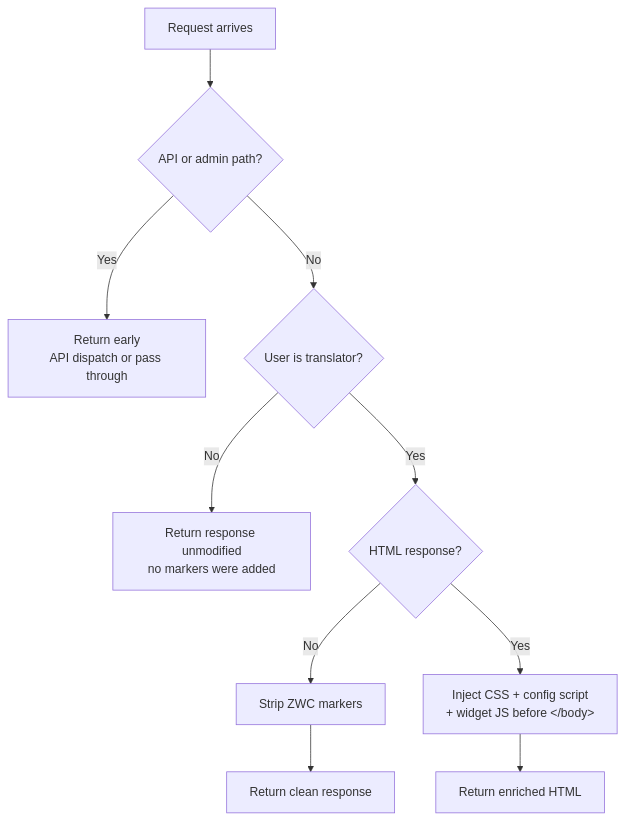
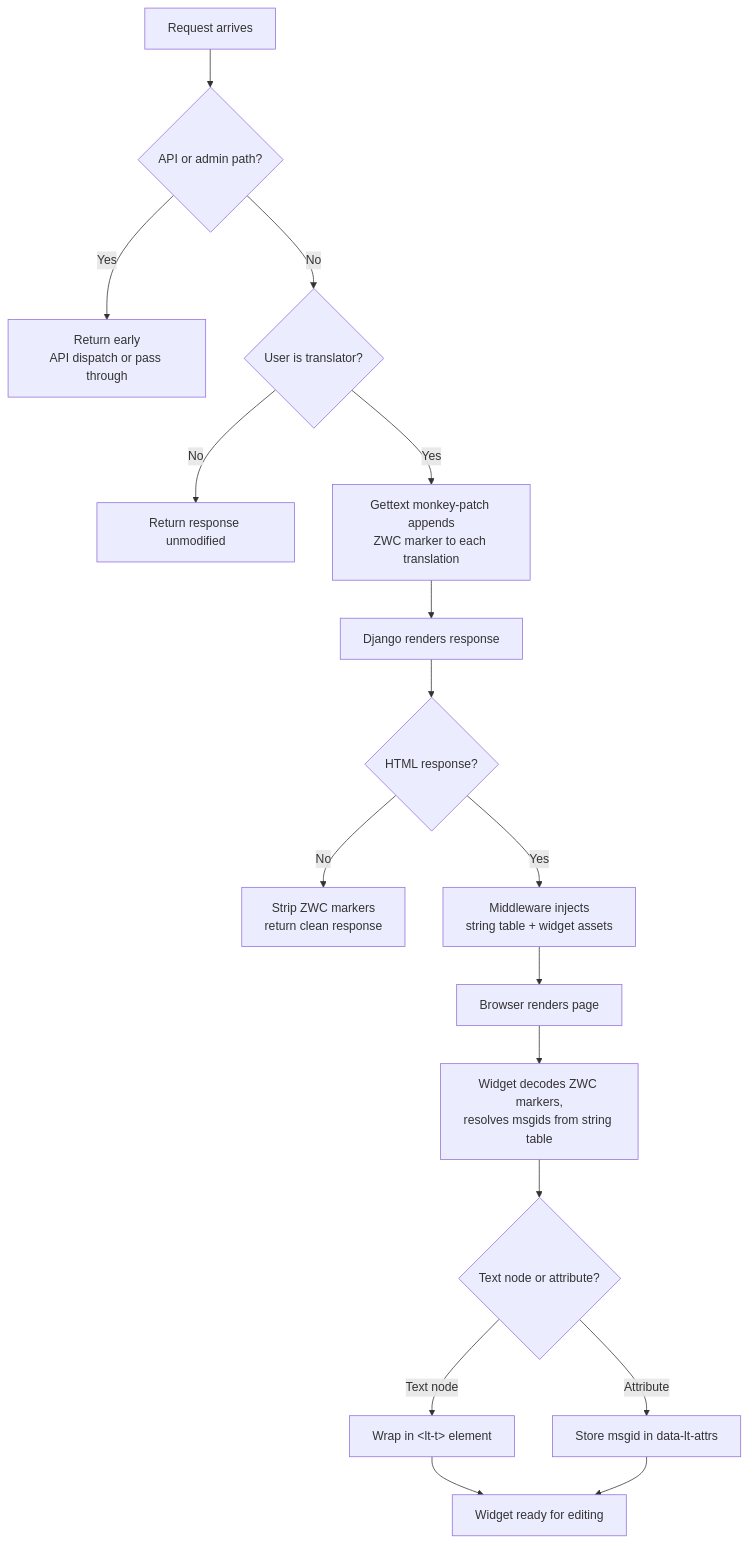
One commit to VojtechPetru/django-live-translations changed the diagram in docs/how-it-works.md. Above: the diagram before and after it, drawn with Mermaid. The commit also changed other lines of this file and 8 other files, not shown here.

````diff
--- a/docs/how-it-works.md
+++ b/docs/how-it-works.md
@@ -61,12 +61,20 @@
 ``` mermaid
 graph TD
     A[Request arrives] --> B{API or admin path?}
     B -->|Yes| C[Return early<br>API dispatch or pass through]
-    B -->|No| H{User is translator?}
-    H -->|No| I[Return response unmodified<br>no markers were added]
-    H -->|Yes| K{HTML response?}
-    K -->|No| N[Strip ZWC markers]
-    N --> O[Return clean response]
-    K -->|Yes| L["Inject CSS + config script<br>+ widget JS before &lt;/body&gt;"]
-    L --> M[Return enriched HTML]
+    B -->|No| D{User is translator?}
+    D -->|No| E[Return response unmodified]
+
+    D -->|Yes| F["Gettext monkey-patch appends<br>ZWC marker to each translation"]
+    F --> G[Django renders response]
+    G --> H{HTML response?}
+    H -->|No| I[Strip ZWC markers<br>return clean response]
+    H -->|Yes| J[Middleware injects<br>string table + widget assets]
+    J --> K[Browser renders page]
+    K --> L["Widget decodes ZWC markers,<br>resolves msgids from string table"]
+    L --> M{Text node or attribute?}
+    M -->|Text node| N["Wrap in &lt;lt-t&gt; element"]
+    M -->|Attribute| O["Store msgid in data-lt-attrs"]
+    N --> P[Widget ready for editing]
+    O --> P
 ```
````
